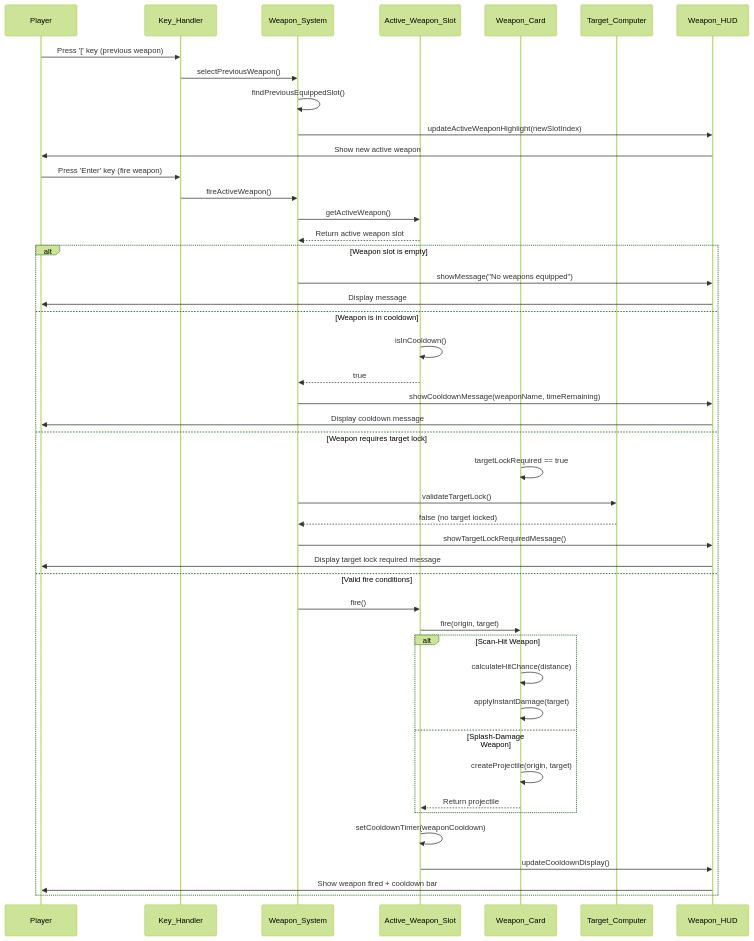
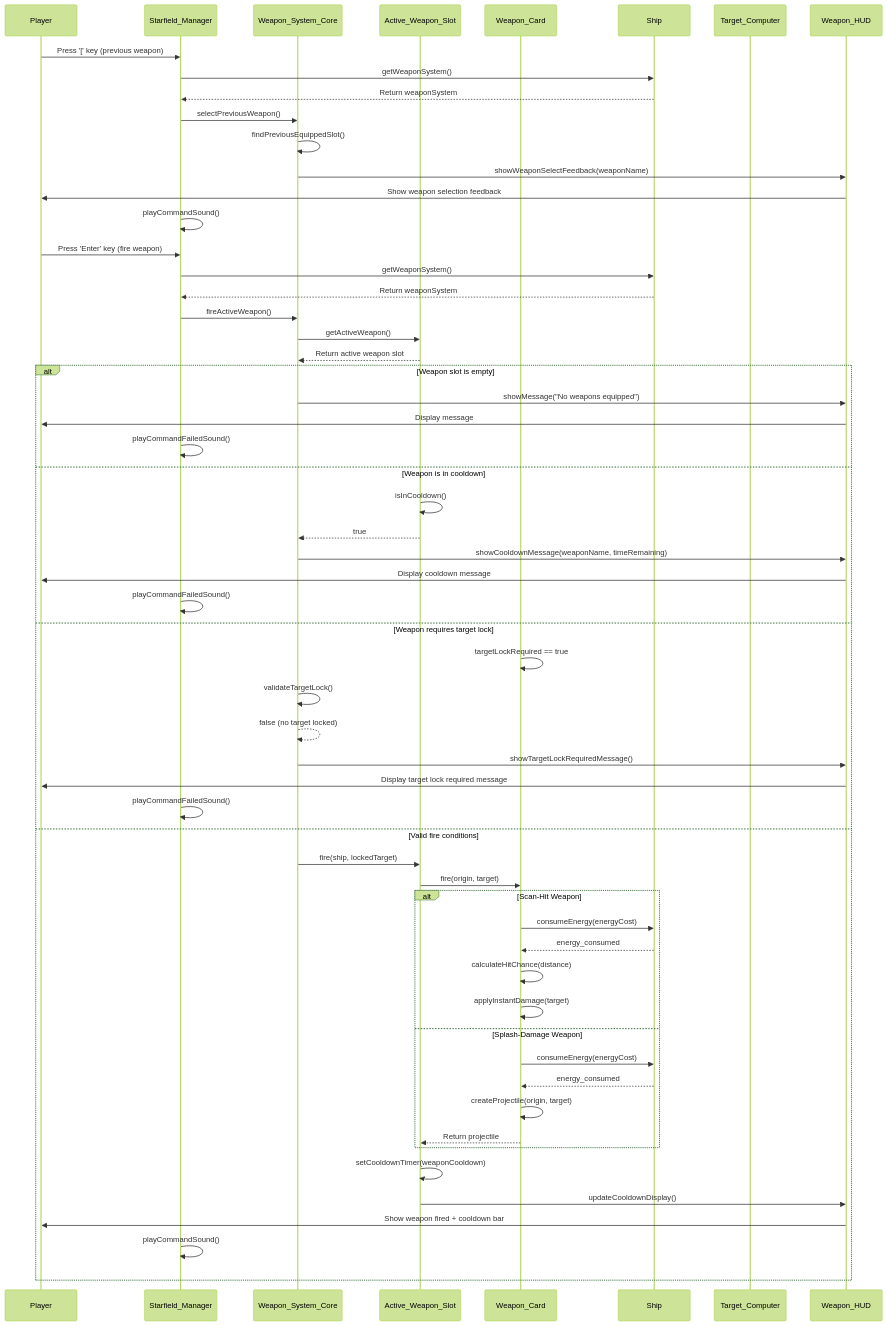
Before and after one commit to thoracle/planetz: diagram 18 of 24 in docs/system_architecture.md, drawn with Mermaid (forest theme). The commit also changed other lines of this file and 9 other files, not shown here.

````diff
--- a/docs/system_architecture.md
+++ b/docs/system_architecture.md
@@ -1026,52 +1080,66 @@
 ```mermaid
 sequenceDiagram
     participant Player
-    participant KeyHandler as Key_Handler
-    participant WeaponSystem as Weapon_System
+    participant StarfieldManager as Starfield_Manager
+    participant WeaponSystemCore as Weapon_System_Core
     participant WeaponSlot as Active_Weapon_Slot
     participant WeaponCard as Weapon_Card
+    participant Ship
     participant TargetComputer as Target_Computer
-    participant HUD as Weapon_HUD
+    participant WeaponHUD as Weapon_HUD
 
-    Player->>KeyHandler: Press '[' key (previous weapon)
-    KeyHandler->>WeaponSystem: selectPreviousWeapon()
-    WeaponSystem->>WeaponSystem: findPreviousEquippedSlot()
-    WeaponSystem->>HUD: updateActiveWeaponHighlight(newSlotIndex)
-    HUD->>Player: Show new active weapon
+    Player->>StarfieldManager: Press '[' key (previous weapon)
+    StarfieldManager->>Ship: getWeaponSystem()
+    Ship-->>StarfieldManager: Return weaponSystem
+    StarfieldManager->>WeaponSystemCore: selectPreviousWeapon()
+    WeaponSystemCore->>WeaponSystemCore: findPreviousEquippedSlot()
+    WeaponSystemCore->>WeaponHUD: showWeaponSelectFeedback(weaponName)
+    WeaponHUD->>Player: Show weapon selection feedback
+    StarfieldManager->>StarfieldManager: playCommandSound()
 
-    Player->>KeyHandler: Press 'Enter' key (fire weapon)
-    KeyHandler->>WeaponSystem: fireActiveWeapon()
-    WeaponSystem->>WeaponSlot: getActiveWeapon()
-    WeaponSlot-->>WeaponSystem: Return active weapon slot
+    Player->>StarfieldManager: Press 'Enter' key (fire weapon)
+    StarfieldManager->>Ship: getWeaponSystem()
+    Ship-->>StarfieldManager: Return weaponSystem
+    StarfieldManager->>WeaponSystemCore: fireActiveWeapon()
+    WeaponSystemCore->>WeaponSlot: getActiveWeapon()
+    WeaponSlot-->>WeaponSystemCore: Return active weapon slot
 
     alt Weapon slot is empty
-        WeaponSystem->>HUD: showMessage("No weapons equipped")
-        HUD->>Player: Display message
+        WeaponSystemCore->>WeaponHUD: showMessage("No weapons equipped")
+        WeaponHUD->>Player: Display message
+        StarfieldManager->>StarfieldManager: playCommandFailedSound()
     else Weapon is in cooldown
         WeaponSlot->>WeaponSlot: isInCooldown()
-        WeaponSlot-->>WeaponSystem: true
-        WeaponSystem->>HUD: showCooldownMessage(weaponName, timeRemaining)
-        HUD->>Player: Display cooldown message
+        WeaponSlot-->>WeaponSystemCore: true
+        WeaponSystemCore->>WeaponHUD: showCooldownMessage(weaponName, timeRemaining)
+        WeaponHUD->>Player: Display cooldown message
+        StarfieldManager->>StarfieldManager: playCommandFailedSound()
     else Weapon requires target lock
         WeaponCard->>WeaponCard: targetLockRequired == true
-        WeaponSystem->>TargetComputer: validateTargetLock()
-        TargetComputer-->>WeaponSystem: false (no target locked)
-        WeaponSystem->>HUD: showTargetLockRequiredMessage()
-        HUD->>Player: Display target lock required message
+        WeaponSystemCore->>WeaponSystemCore: validateTargetLock()
+        WeaponSystemCore-->>WeaponSystemCore: false (no target locked)
+        WeaponSystemCore->>WeaponHUD: showTargetLockRequiredMessage()
+        WeaponHUD->>Player: Display target lock required message
+        StarfieldManager->>StarfieldManager: playCommandFailedSound()
     else Valid fire conditions
-        WeaponSystem->>WeaponSlot: fire()
+        WeaponSystemCore->>WeaponSlot: fire(ship, lockedTarget)
         WeaponSlot->>WeaponCard: fire(origin, target)
         
         alt Scan-Hit Weapon
+            WeaponCard->>Ship: consumeEnergy(energyCost)
+            Ship-->>WeaponCard: energy_consumed
             WeaponCard->>WeaponCard: calculateHitChance(distance)
             WeaponCard->>WeaponCard: applyInstantDamage(target)
         else Splash-Damage Weapon
+            WeaponCard->>Ship: consumeEnergy(energyCost)
+            Ship-->>WeaponCard: energy_consumed
             WeaponCard->>WeaponCard: createProjectile(origin, target)
             WeaponCard-->>WeaponSlot: Return projectile
         end
         
         WeaponSlot->>WeaponSlot: setCooldownTimer(weaponCooldown)
-        WeaponSlot->>HUD: updateCooldownDisplay()
-        HUD->>Player: Show weapon fired + cooldown bar
+        WeaponSlot->>WeaponHUD: updateCooldownDisplay()
+        WeaponHUD->>Player: Show weapon fired + cooldown bar
+        StarfieldManager->>StarfieldManager: playCommandSound()
     end
 ```
````
